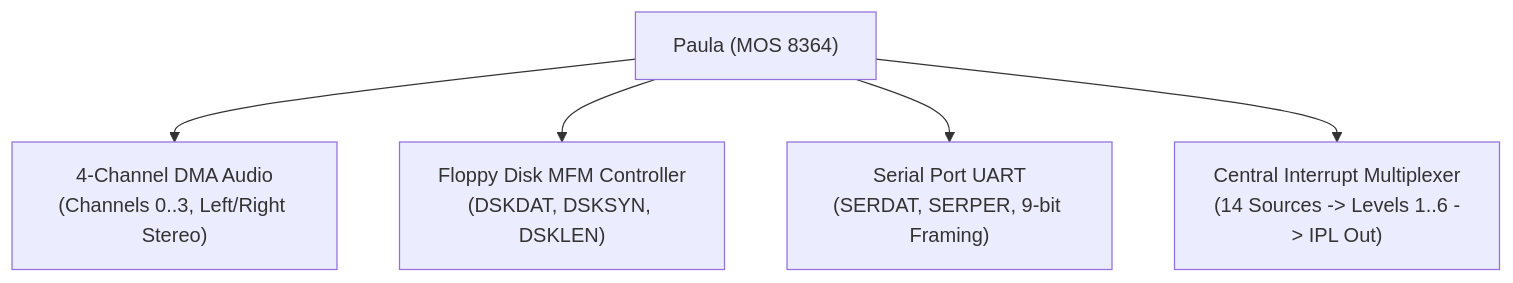
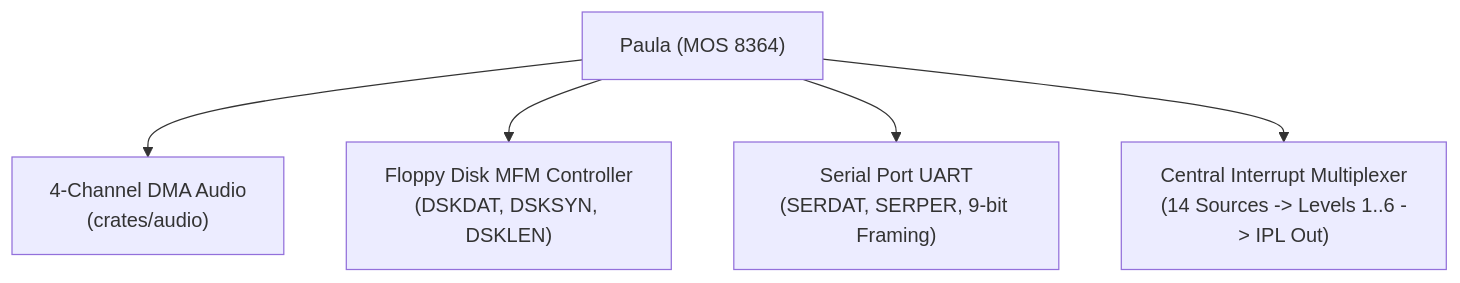
Before and after one commit to tomek-anuszkiewicz/amiga-studio: the first of 2 diagrams in Obsidian/Amiga/Design/Paula.md, drawn with Mermaid. The commit also changed other lines of this file and 11 other files, not shown here.

````diff
--- a/Obsidian/Amiga/Design/Paula.md
+++ b/Obsidian/Amiga/Design/Paula.md
@@ -30,7 +30,7 @@
 ```mermaid
 flowchart TD
-    PAULA["Paula (MOS 8364)"] --> AUDIO["4-Channel DMA Audio\n(Channels 0..3, Left/Right Stereo)"]
+    PAULA["Paula (MOS 8364)"] --> AUDIO["4-Channel DMA Audio\n(crates/audio)"]
     PAULA --> FLOPPY["Floppy Disk MFM Controller\n(DSKDAT, DSKSYN, DSKLEN)"]
     PAULA --> UART["Serial Port UART\n(SERDAT, SERPER, 9-bit Framing)"]
     PAULA --> INTR["Central Interrupt Multiplexer\n(14 Sources -> Levels 1..6 -> IPL Out)"]
 ```
````
